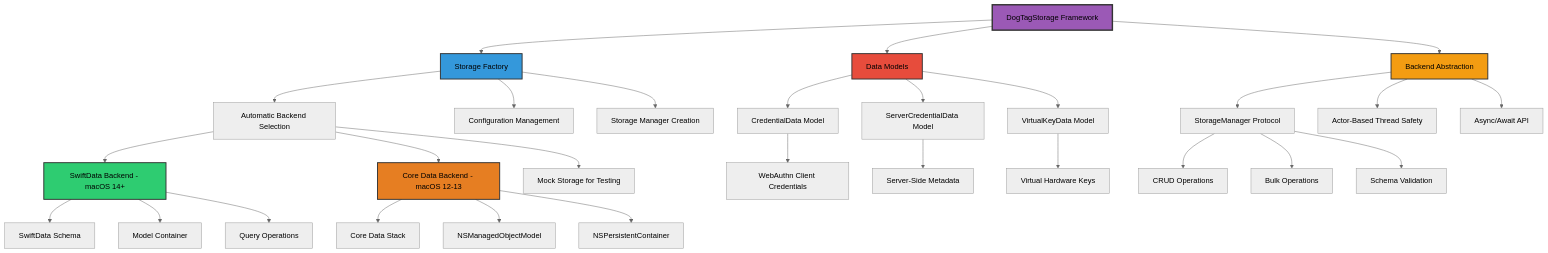
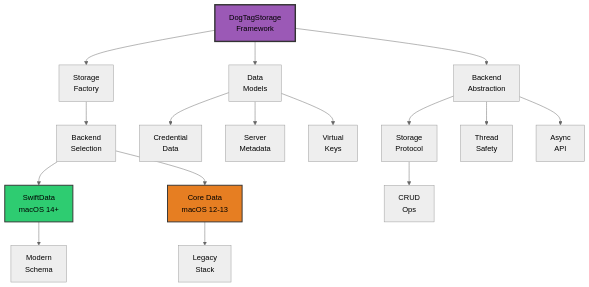
Before and after one commit to webauthnai/Web-Man: the fifth of 7 diagrams in README.md, drawn with Mermaid (neutral theme). The commit also changed other lines of this file, not shown here.

````diff
--- a/README.md
+++ b/README.md
@@ -265,45 +271,27 @@
 ```mermaid
-graph TB
-    A[DogTagStorage Framework] --> B[Storage Factory]
-    A --> C[Data Models]
-    A --> D[Backend Abstraction]
+graph TD
+    A[DogTagStorage<br/>Framework] 
+    A --> B[Storage<br/>Factory]
+    A --> C[Data<br/>Models]
+    A --> D[Backend<br/>Abstraction]
     
-    B --> E[Automatic Backend Selection]
-    B --> F[Configuration Management]
-    B --> G[Storage Manager Creation]
+    B --> E[Backend<br/>Selection]
+    E --> F[SwiftData<br/>macOS 14+]
+    E --> G[Core Data<br/>macOS 12-13]
     
-    E --> H[SwiftData Backend - macOS 14+]
-    E --> I[Core Data Backend - macOS 12-13]
-    E --> J[Mock Storage for Testing]
+    C --> H[Credential<br/>Data]
+    C --> I[Server<br/>Metadata]
+    C --> J[Virtual<br/>Keys]
     
-    C --> K[CredentialData Model]
-    C --> L[ServerCredentialData Model]
-    C --> M[VirtualKeyData Model]
+    D --> K[Storage<br/>Protocol]
+    D --> L[Thread<br/>Safety]
+    D --> M[Async<br/>API]
     
-    K --> N[WebAuthn Client Credentials]
-    L --> O[Server-Side Metadata]
-    M --> P[Virtual Hardware Keys]
-    
-    D --> Q[StorageManager Protocol]
-    D --> R[Actor-Based Thread Safety]
-    D --> S[Async/Await API]
-    
-    H --> T[SwiftData Schema]
-    H --> U[Model Container]
-    H --> V[Query Operations]
-    
-    I --> W[Core Data Stack]
-    I --> X[NSManagedObjectModel]
-    I --> Y[NSPersistentContainer]
-    
-    Q --> Z[CRUD Operations]
-    Q --> AA[Bulk Operations]
-    Q --> BB[Schema Validation]
+    F --> N[Modern<br/>Schema]
+    G --> O[Legacy<br/>Stack]
+    K --> P[CRUD<br/>Ops]
     
     style A fill:#9b59b6,stroke:#333,stroke-width:3px
-    style B fill:#3498db,stroke:#333,stroke-width:2px
-    style C fill:#e74c3c,stroke:#333,stroke-width:2px
-    style D fill:#f39c12,stroke:#333,stroke-width:2px
-    style H fill:#2ecc71,stroke:#333,stroke-width:2px
-    style I fill:#e67e22,stroke:#333,stroke-width:2px
+    style F fill:#2ecc71,stroke:#333,stroke-width:2px
+    style G fill:#e67e22,stroke:#333,stroke-width:2px
 ```
````
